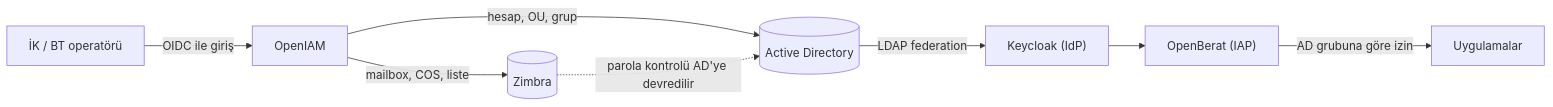
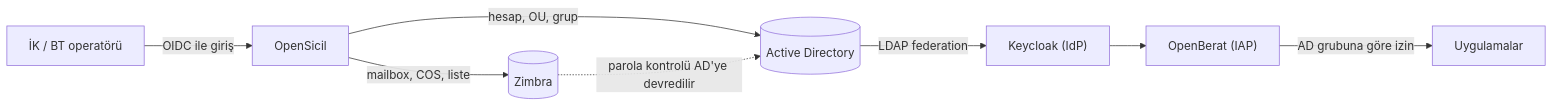
The first of 2 diagrams in docs/02-mimari.md (murat-akpinar/OpenSicil), drawn with Mermaid before and after one commit. The commit also changed other lines of this file and 11 other files, not shown here.

First line of the commit message:
docs: ürün adı OpenSicil, eski OpenIAM kalıntıları düzeltildi (ADR-063)

````diff
--- a/docs/02-mimari.md
+++ b/docs/02-mimari.md
@@ -13,10 +13,10 @@
 ```mermaid
 flowchart LR
-    ik["İK / BT operatörü"] -->|OIDC ile giriş| openiam["OpenIAM"]
+    ik["İK / BT operatörü"] -->|OIDC ile giriş| openiam["OpenSicil"]
     openiam -->|"hesap, OU, grup"| ad[("Active Directory")]
     openiam -->|"mailbox, COS, liste"| zimbra[("Zimbra")]
     ad -->|"LDAP federation"| kc["Keycloak (IdP)"]
     zimbra -.->|"parola kontrolü AD'ye devredilir"| ad
     kc --> berat["OpenBerat (IAP)"]
     berat -->|"AD grubuna göre izin"| apps["Uygulamalar"]
 ```
````
